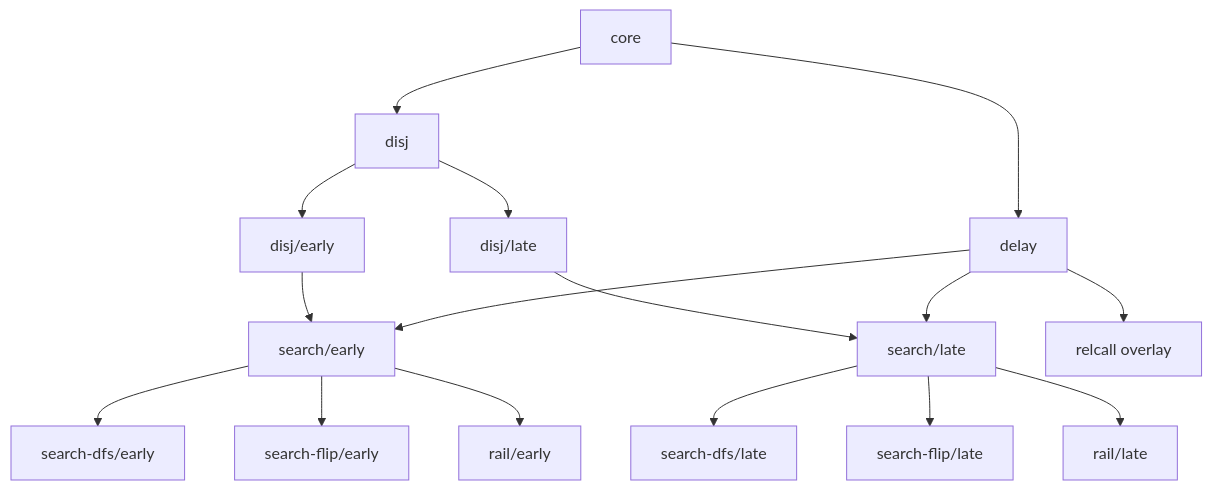
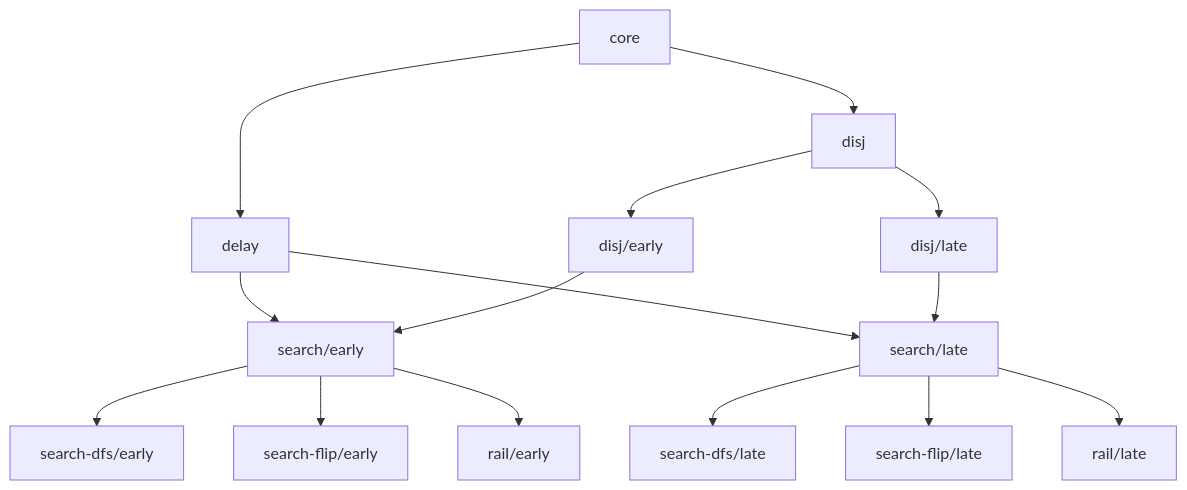
One commit to brysenPfingsten/mk-redex-viz changed the first of 2 diagrams in docs/semantics-ladder.md. Above: the diagram before and after it, drawn with Mermaid. The commit also changed other lines of this file and 57 other files, not shown here.

````diff
--- a/docs/semantics-ladder.md
+++ b/docs/semantics-ladder.md
@@ -36,33 +36,31 @@
 ```mermaid
 flowchart TD
   CORE["core"]
   DELAY["delay"]
   DISJ["disj"]
   DISJEARLY["disj/early"]
   DISJLATE["disj/late"]
   SEARCHEARLY["search/early"]
   SEARCHLATE["search/late"]
   DFSEARLY["search-dfs/early"]
   DFSLATE["search-dfs/late"]
   FLIPEARLY["search-flip/early"]
   FLIPLATE["search-flip/late"]
   RAILEARLY["rail/early"]
   RAILLATE["rail/late"]
-  RELCALL["relcall overlay"]
 
   CORE --> DELAY
   CORE --> DISJ
   DISJ --> DISJEARLY
   DISJ --> DISJLATE
   DELAY --> SEARCHEARLY
   DELAY --> SEARCHLATE
   DISJEARLY --> SEARCHEARLY
   DISJLATE --> SEARCHLATE
   SEARCHEARLY --> DFSEARLY
   SEARCHLATE --> DFSLATE
   SEARCHEARLY --> FLIPEARLY
   SEARCHLATE --> FLIPLATE
   SEARCHEARLY --> RAILEARLY
   SEARCHLATE --> RAILLATE
-  DELAY --> RELCALL
 ```
````
